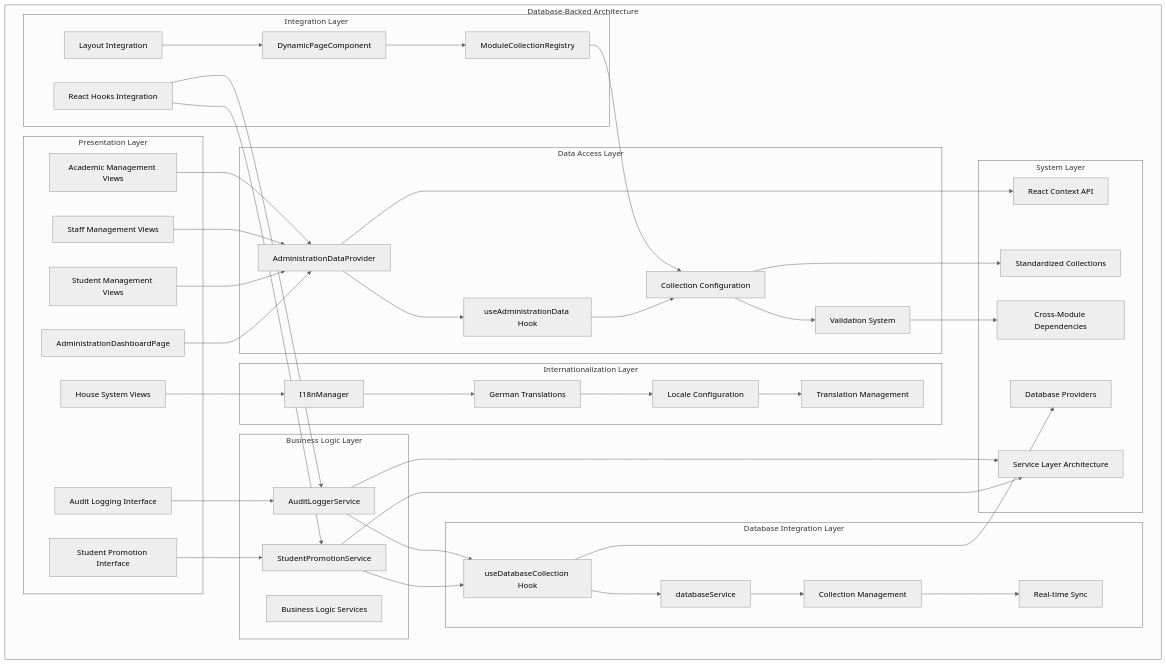
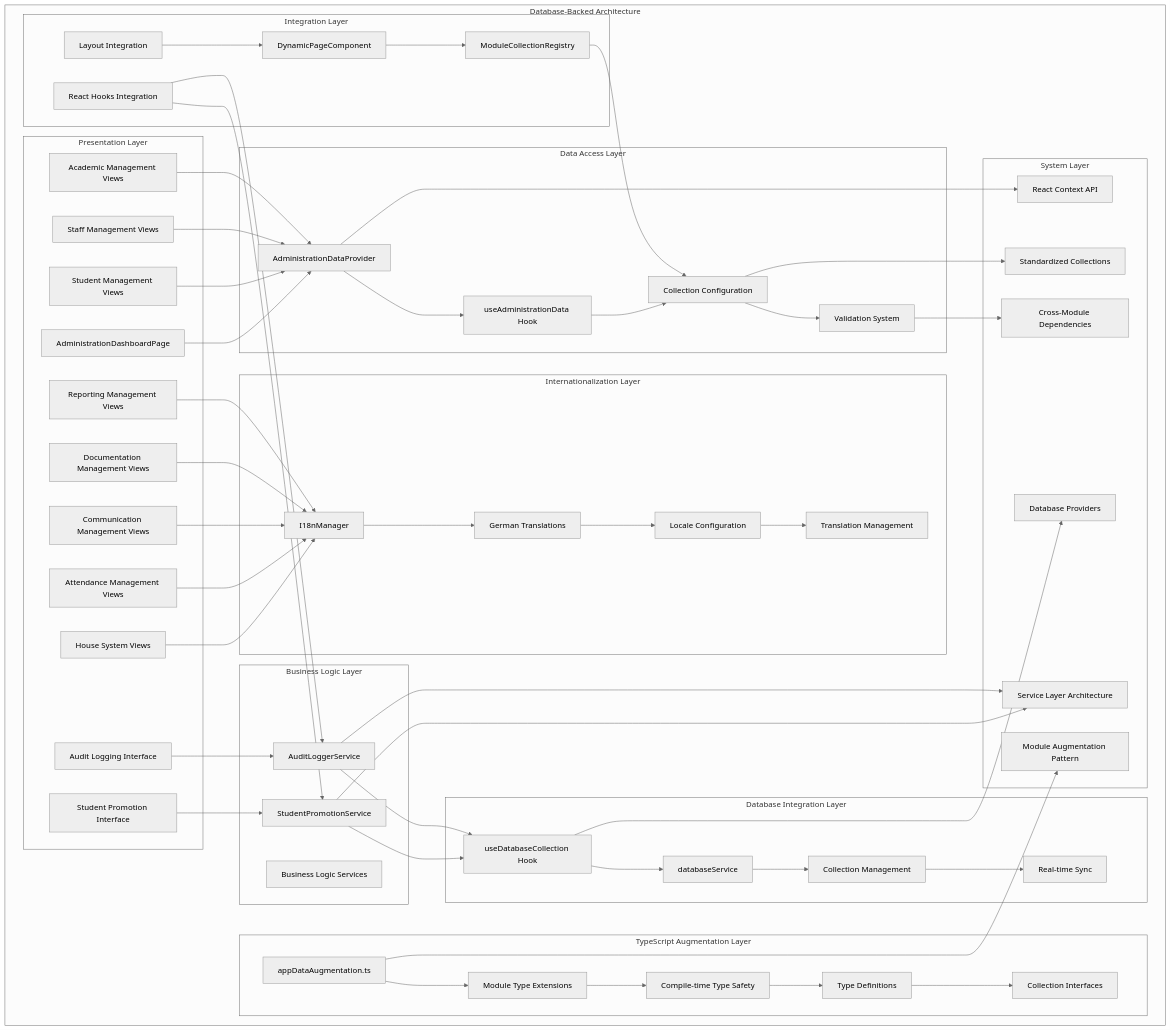
One commit to geniusdynamics/schoolpilot changed the second of 5 diagrams in .qoder/repowiki/en/content/Modules System/Administration Module.md. Above: the diagram before and after it, drawn with Mermaid (neutral theme). The commit also changed other lines of this file and 54 other files, not shown here.

First line of the commit message:
Comprehensive update: RBAC enhancements, data migration cleanup, UI components, and documentation refresh

````diff
--- a/.qoder/repowiki/en/content/Modules System/Administration Module.md
+++ b/.qoder/repowiki/en/content/Modules System/Administration Module.md
@@ -178,71 +195,92 @@
 E[Student Promotion Interface]
 F[Audit Logging Interface]
 G[House System Views]
+H[Attendance Management Views]
+I[Communication Management Views]
+J[Documentation Management Views]
+K[Reporting Management Views]
 end
 subgraph "Data Access Layer"
-H[AdministrationDataProvider]
-I[useAdministrationData Hook]
-J[Collection Configuration]
-K[Validation System]
+L[AdministrationDataProvider]
+M[useAdministrationData Hook]
+N[Collection Configuration]
+O[Validation System]
 end
 subgraph "Business Logic Layer"
-L[StudentPromotionService]
-M[AuditLoggerService]
-N[Business Logic Services]
+P[StudentPromotionService]
+Q[AuditLoggerService]
+R[Business Logic Services]
 end
 subgraph "Database Integration Layer"
-O[useDatabaseCollection Hook]
-P[databaseService]
-Q[Collection Management]
-R[Real-time Sync]
+S[useDatabaseCollection Hook]
+T[databaseService]
+U[Collection Management]
+V[Real-time Sync]
 end
 subgraph "Integration Layer"
-S[ModuleCollectionRegistry]
-T[DynamicPageComponent]
-U[Layout Integration]
-V[React Hooks Integration]
+W[ModuleCollectionRegistry]
+X[DynamicPageComponent]
+Y[Layout Integration]
+Z[React Hooks Integration]
 end
 subgraph "Internationalization Layer"
-W[I18nManager]
-X[German Translations]
-Y[Locale Configuration]
-Z[Translation Management]
+AA[I18nManager]
+BB[German Translations]
+CC[Locale Configuration]
+DD[Translation Management]
+end
+subgraph "TypeScript Augmentation Layer"
+EE[appDataAugmentation.ts]
+FF[Module Type Extensions]
+GG[Compile-time Type Safety]
+HH[Type Definitions]
+II[Collection Interfaces]
 end
 subgraph "System Layer"
-AA[React Context API]
-BB[Standardized Collections]
-CC[Cross-Module Dependencies]
-DD[Database Providers]
-EE[Service Layer Architecture]
+JJ[React Context API]
+KK[Standardized Collections]
+LL[Cross-Module Dependencies]
+MM[Database Providers]
+NN[Service Layer Architecture]
+OO[Module Augmentation Pattern]
 end
 end
-A --> H
-B --> H
-C --> H
-D --> H
-E --> L
-F --> M
-G --> W
-H --> I
-I --> J
-J --> K
-L --> O
-M --> O
-O --> P
-P --> Q
-Q --> R
-S --> J
-T --> S
-U --> T
-V --> L
-V --> M
-W --> X
-X --> Y
-Y --> Z
+A --> L
+B --> L
+C --> L
+D --> L
+E --> P
+F --> Q
+G --> AA
 H --> AA
-J --> BB
-K --> CC
-O --> DD
-L --> EE
-M --> EE
+I --> AA
+J --> AA
+K --> AA
+L --> M
+M --> N
+N --> O
+P --> S
+Q --> S
+S --> T
+T --> U
+U --> V
+W --> N
+X --> W
+Y --> X
+Z --> P
+Z --> Q
+AA --> BB
+BB --> CC
+CC --> DD
+EE --> FF
+FF --> GG
+GG --> HH
+HH --> II
+L --> JJ
+N --> KK
+O --> LL
+S --> MM
+P --> NN
+Q --> NN
+EE --> OO
 ```
````
